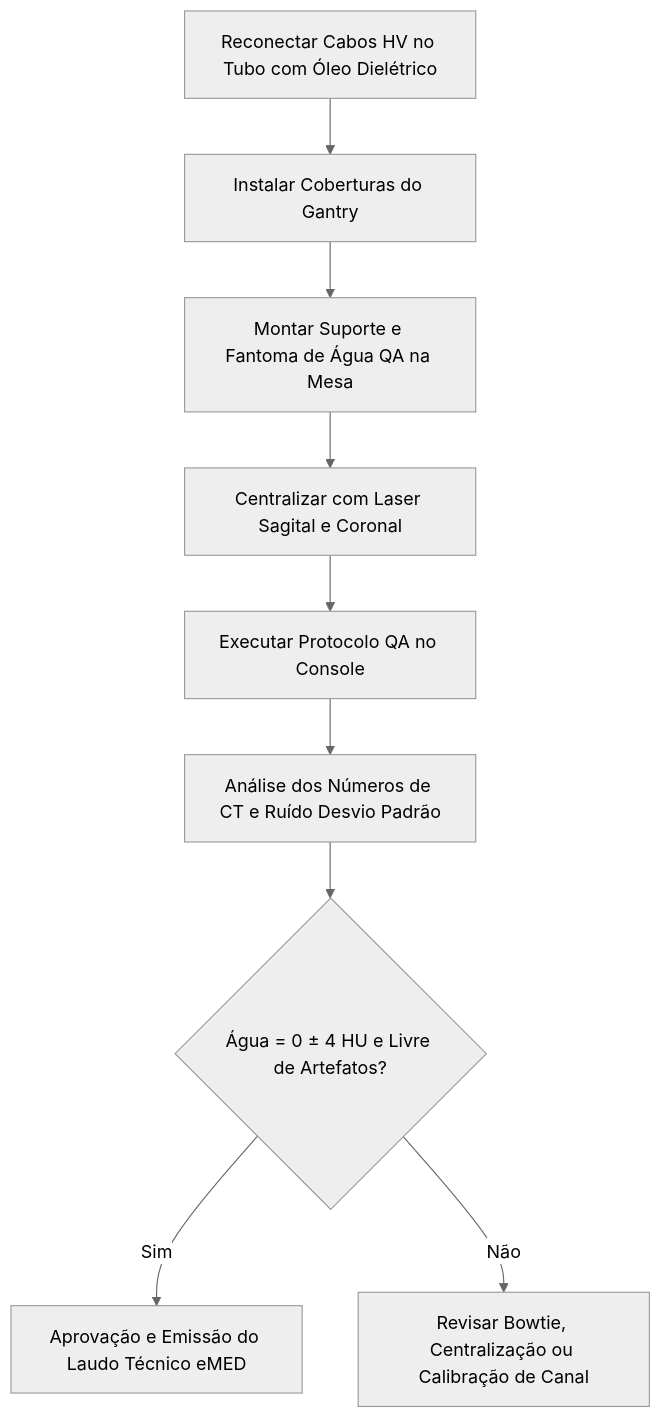
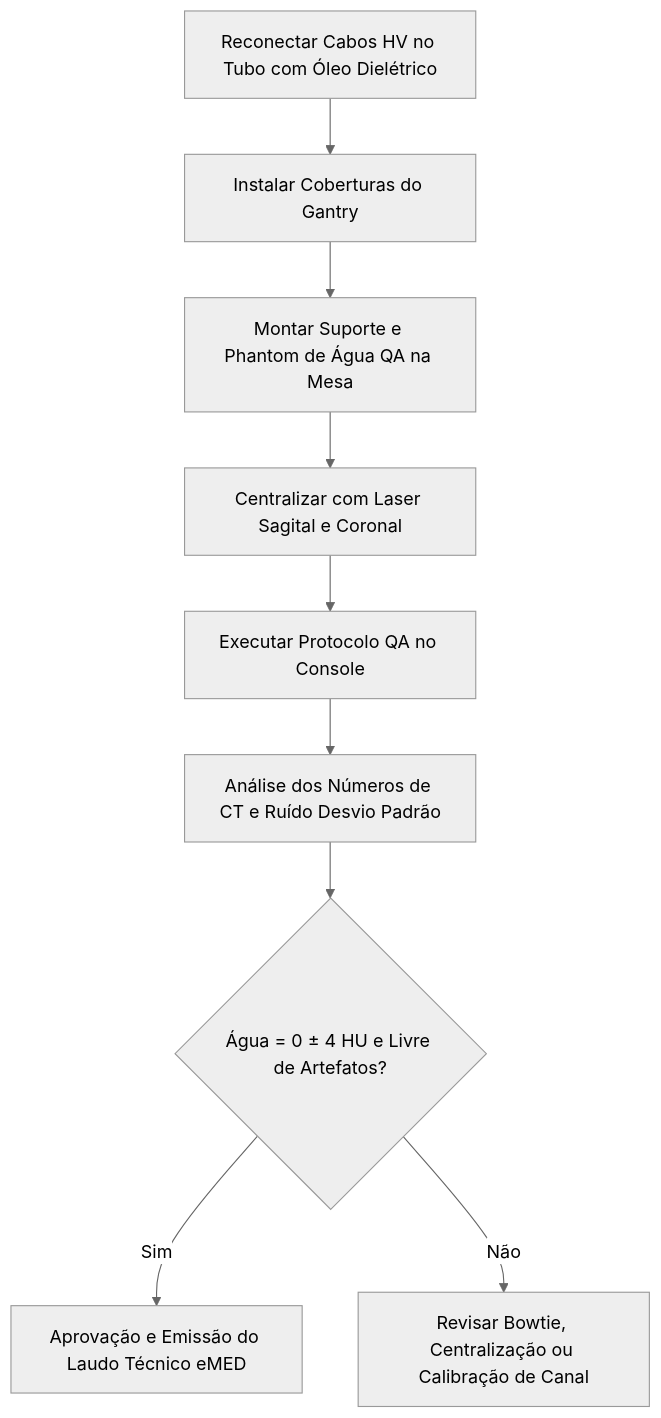
Before and after one commit to nettovitoriano-blip/emed-app: the diagram in Manuais/TOMOGRAFO/GE/BRIGHTSPEED_LITE/01_INSTRUCOES_DE_TRABALHO/IT_08_Verificacao_Tanque_HV_e_QA_GE.md, drawn with Mermaid (neutral theme). The commit also changed other lines of this file and 97 other files, not shown here.

````diff
--- a/Manuais/TOMOGRAFO/GE/BRIGHTSPEED_LITE/01_INSTRUCOES_DE_TRABALHO/IT_08_Verificacao_Tanque_HV_e_QA_GE.md
+++ b/Manuais/TOMOGRAFO/GE/BRIGHTSPEED_LITE/01_INSTRUCOES_DE_TRABALHO/IT_08_Verificacao_Tanque_HV_e_QA_GE.md
@@ -72,11 +72,11 @@
 ```mermaid
 flowchart TD
     A[Reconectar Cabos HV no Tubo com Óleo Dielétrico] --> B[Instalar Coberturas do Gantry]
-    B --> C[Montar Suporte e Fantoma de Água QA na Mesa]
+    B --> C[Montar Suporte e Phantom de Água QA na Mesa]
     C --> D[Centralizar com Laser Sagital e Coronal]
     D --> E[Executar Protocolo QA no Console]
     E --> F[Análise dos Números de CT e Ruído Desvio Padrão]
     F --> G{Água = 0 ± 4 HU e Livre de Artefatos?}
     G -- Sim --> H[Aprovação e Emissão do Laudo Técnico eMED]
     G -- Não --> I[Revisar Bowtie, Centralização ou Calibração de Canal]
 ```
````
